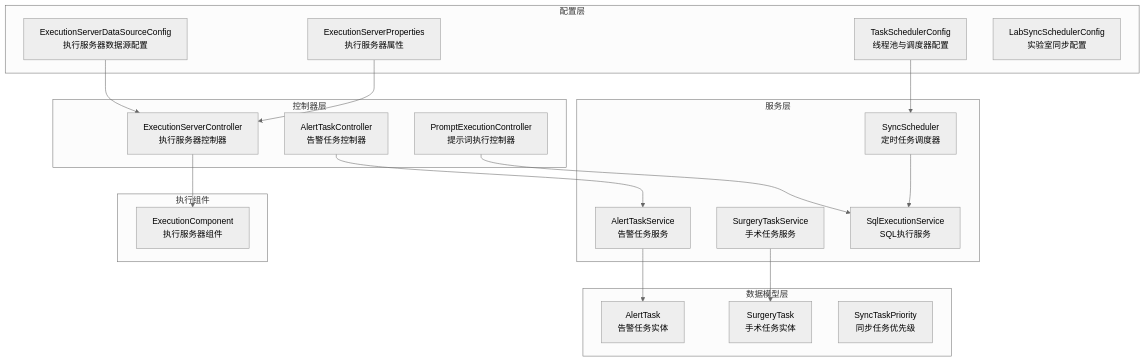
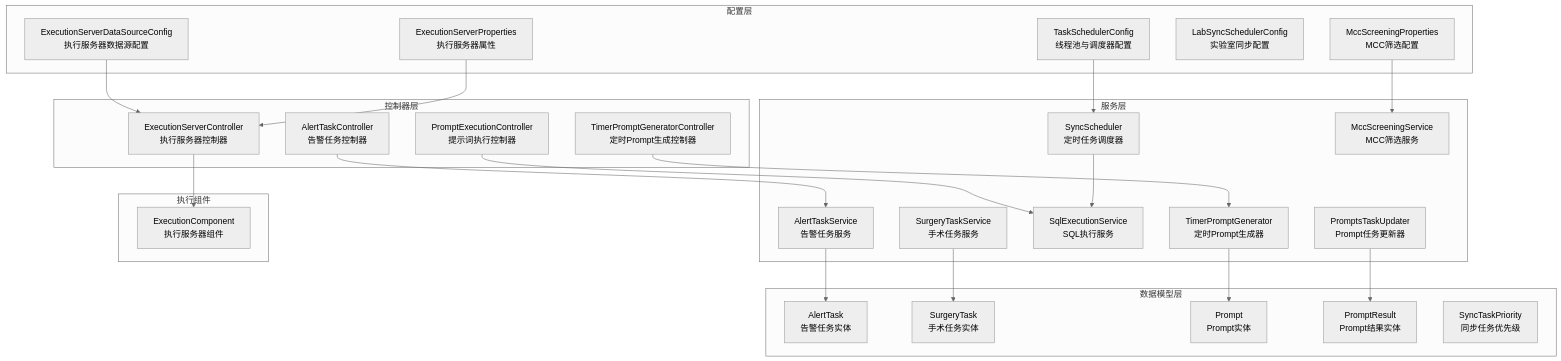
The first of 13 diagrams in .qoder/repowiki/zh/content/核心功能模块/任务调度系统.md (liuzh2008/med_ai_assistant_workspace), drawn with Mermaid (neutral theme) before and after one commit. The commit also changed other lines of this file and 5 other files, not shown here.

````diff
--- a/.qoder/repowiki/zh/content/核心功能模块/任务调度系统.md
+++ b/.qoder/repowiki/zh/content/核心功能模块/任务调度系统.md
@@ -48,37 +66,48 @@
 ```mermaid
 graph TB
 subgraph "配置层"
 TSC["TaskSchedulerConfig<br/>线程池与调度器配置"]
 ESP["ExecutionServerProperties<br/>执行服务器属性"]
 ESDC["ExecutionServerDataSourceConfig<br/>执行服务器数据源配置"]
 LSSC["LabSyncSchedulerConfig<br/>实验室同步配置"]
+MCCP["MccScreeningProperties<br/>MCC筛选配置"]
 end
 subgraph "服务层"
 SS["SyncScheduler<br/>定时任务调度器"]
 ATS["AlertTaskService<br/>告警任务服务"]
 STS["SurgeryTaskService<br/>手术任务服务"]
 SQE["SqlExecutionService<br/>SQL执行服务"]
+TPG["TimerPromptGenerator<br/>定时Prompt生成器"]
+MSS["MccScreeningService<br/>MCC筛选服务"]
+PTU["PromptsTaskUpdater<br/>Prompt任务更新器"]
 end
 subgraph "数据模型层"
 AT["AlertTask<br/>告警任务实体"]
 ST["SurgeryTask<br/>手术任务实体"]
+PT["Prompt<br/>Prompt实体"]
+PR["PromptResult<br/>Prompt结果实体"]
 STP["SyncTaskPriority<br/>同步任务优先级"]
 end
 subgraph "控制器层"
 ATC["AlertTaskController<br/>告警任务控制器"]
 ESC["ExecutionServerController<br/>执行服务器控制器"]
 PEC["PromptExecutionController<br/>提示词执行控制器"]
+TPGC["TimerPromptGeneratorController<br/>定时Prompt生成控制器"]
 end
 subgraph "执行组件"
 EC["ExecutionComponent<br/>执行服务器组件"]
 end
 TSC --> SS
 ESP --> ESC
 ESDC --> ESC
+MCCP --> MSS
 SS --> SQE
 ATS --> AT
 STS --> ST
+PTU --> PR
+TPG --> PT
+TPGC --> TPG
 ATC --> ATS
 ESC --> EC
 PEC --> SQE
 ```
````
